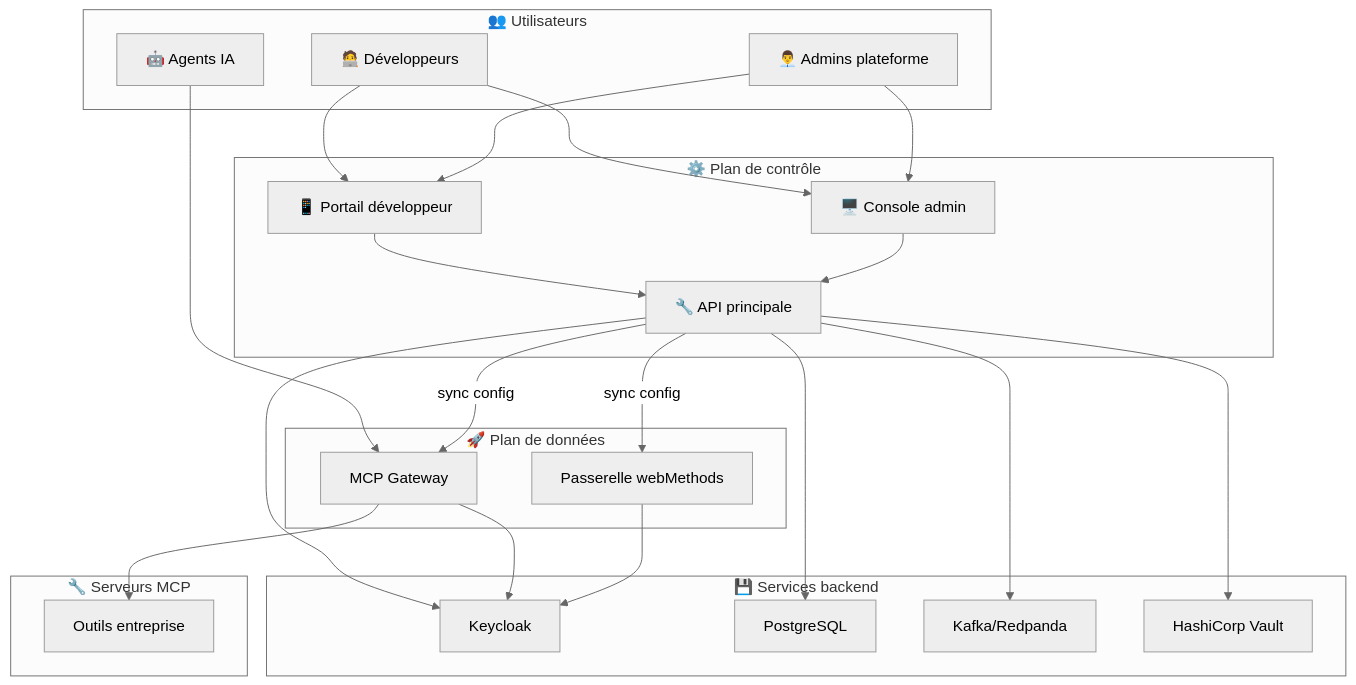
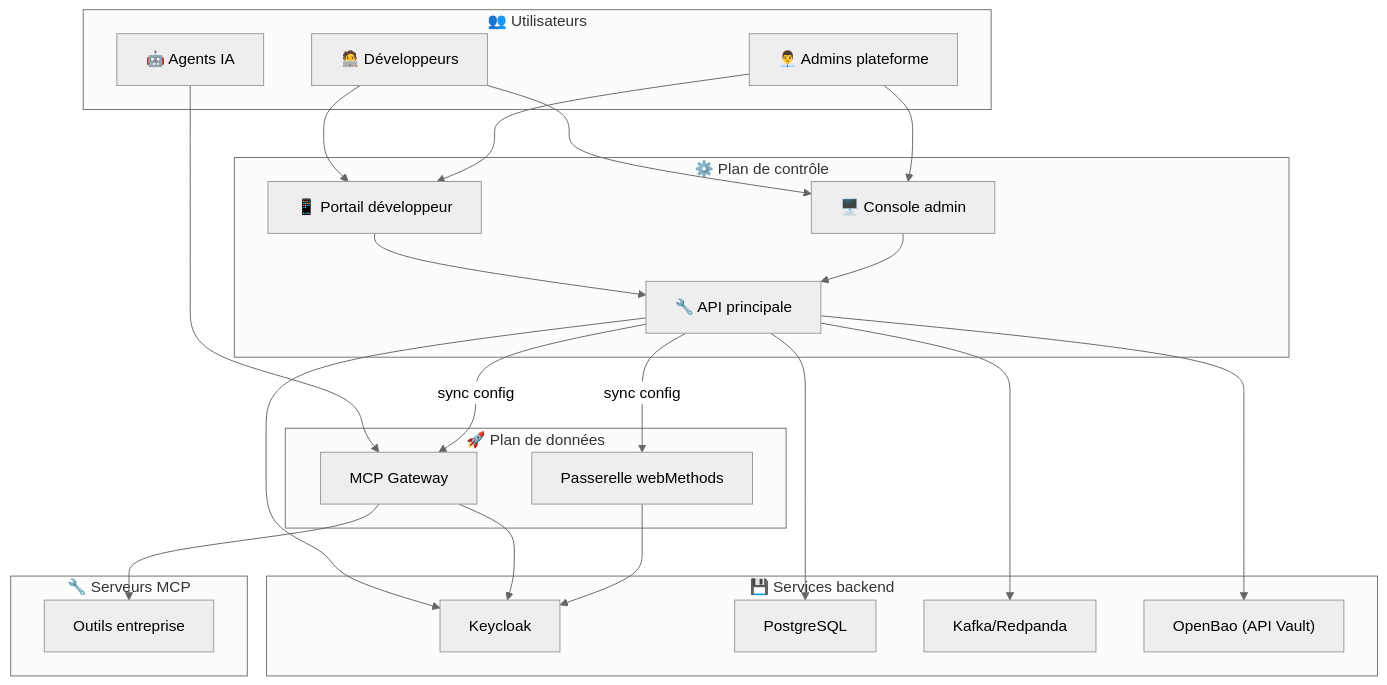
The first of 2 diagrams in i18n/fr/docusaurus-plugin-content-docs/current/concepts/architecture.md (stoa-platform/stoa-docs), drawn with Mermaid (neutral theme) before and after one commit. The commit also changed other lines of this file and 15 other files, not shown here.

First line of the commit message:
docs: name OpenBao where pages cite only HashiCorp Vault (CAB-2607) (#235)

````diff
--- a/i18n/fr/docusaurus-plugin-content-docs/current/concepts/architecture.md
+++ b/i18n/fr/docusaurus-plugin-content-docs/current/concepts/architecture.md
@@ -16,38 +16,38 @@
 ```mermaid
 flowchart TB
     subgraph Users["👥 Utilisateurs"]
         Dev["🧑‍💻 Développeurs"]
         Admin["👨‍💼 Admins plateforme"]
         AI["🤖 Agents IA"]
     end
 
     subgraph ControlPlane["⚙️ Plan de contrôle"]
         Portal["📱 Portail développeur"]
         Console["🖥️ Console admin"]
         CoreAPI["🔧 API principale"]
     end
 
     subgraph DataPlane["🚀 Plan de données"]
         MCPGateway["MCP Gateway"]
         WMGateway["Passerelle webMethods"]
     end
 
     subgraph Backend["💾 Services backend"]
         KC["Keycloak"]
         PG["PostgreSQL"]
         Kafka["Kafka/Redpanda"]
-        Vault["HashiCorp Vault"]
+        Vault["OpenBao (API Vault)"]
     end
 
     subgraph MCP["🔧 Serveurs MCP"]
         Tools["Outils entreprise"]
     end
 
     Dev & Admin --> Portal & Console
     AI --> MCPGateway
     Portal & Console --> CoreAPI
     CoreAPI -->|"sync config"| MCPGateway & WMGateway
     MCPGateway --> Tools
     CoreAPI --> PG & Kafka & KC & Vault
     MCPGateway & WMGateway --> KC
 ```
````
